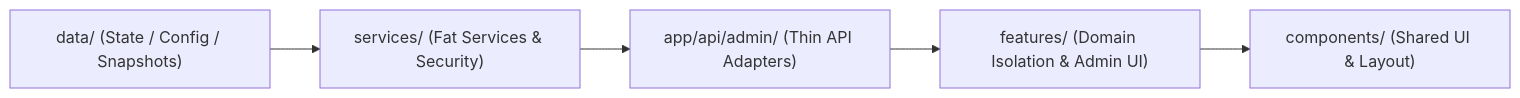
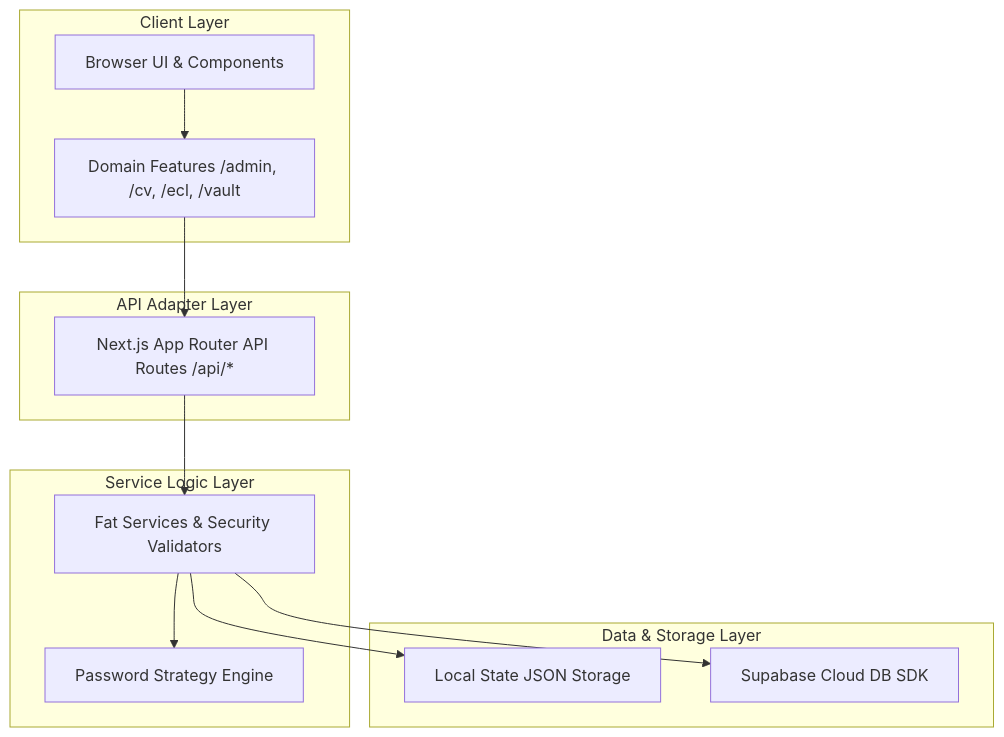
The diagram in docs/architecture/ARCHITECTURE.md (hajaturrachman10/hajaturrachman-portfolio), drawn with Mermaid before and after one commit. The commit also changed other lines of this file and 19 other files, not shown here.

````diff
--- a/docs/architecture/ARCHITECTURE.md
+++ b/docs/architecture/ARCHITECTURE.md
@@ -59,7 +20,28 @@
 ```mermaid
-flowchart LR
-    A["data/ (State / Config / Snapshots)"] --> B["services/ (Fat Services & Security)"]
-    B --> C["app/api/admin/ (Thin API Adapters)"]
-    C --> D["features/ (Domain Isolation & Admin UI)"]
-    D --> E["components/ (Shared UI & Layout)"]
+flowchart TD
+    subgraph Client Layer
+        A[Browser UI & Components]
+        B[Domain Features /admin, /cv, /ecl, /vault]
+    end
+
+    subgraph API Adapter Layer
+        C[Next.js App Router API Routes /api/*]
+    end
+
+    subgraph Service Logic Layer
+        D[Fat Services & Security Validators]
+        E[Password Strategy Engine]
+    end
+
+    subgraph Data & Storage Layer
+        F[Local State JSON Storage]
+        G[Supabase Cloud DB SDK]
+    end
+
+    A --> B
+    B --> C
+    C --> D
+    D --> E
+    D --> F
+    D --> G
 ```
````
